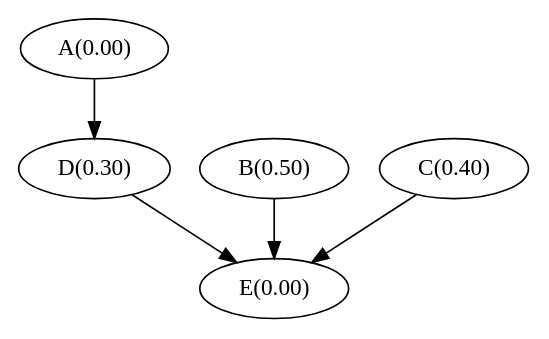
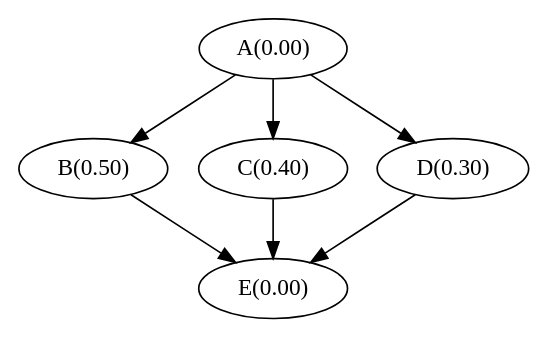
Before and after one commit to rlch/tutero-assignment: the diagram in runner/cases/multiple_intermediate_nodes_at_same_level.dot, drawn with Graphviz. The commit also changed 10 other files, not shown here.

```diff
--- a/runner/cases/multiple_intermediate_nodes_at_same_level.dot
+++ b/runner/cases/multiple_intermediate_nodes_at_same_level.dot
@@ -1,27 +1,31 @@
 
 strict digraph multiple_intermediate_nodes_at_same_level {
 
 	// Node definitions.
 
 	"A(0.00)";
 
 	"B(0.50)";
 
 	"C(0.40)";
 
 	"D(0.30)";
 
 	"E(0.00)";
 
 
 	// Edge definitions.
 
+	"A(0.00)" -> "B(0.50)";
+
+	"A(0.00)" -> "C(0.40)";
+
 	"A(0.00)" -> "D(0.30)";
 
 	"B(0.50)" -> "E(0.00)";
 
 	"C(0.40)" -> "E(0.00)";
 
 	"D(0.30)" -> "E(0.00)";
 
 }
```
